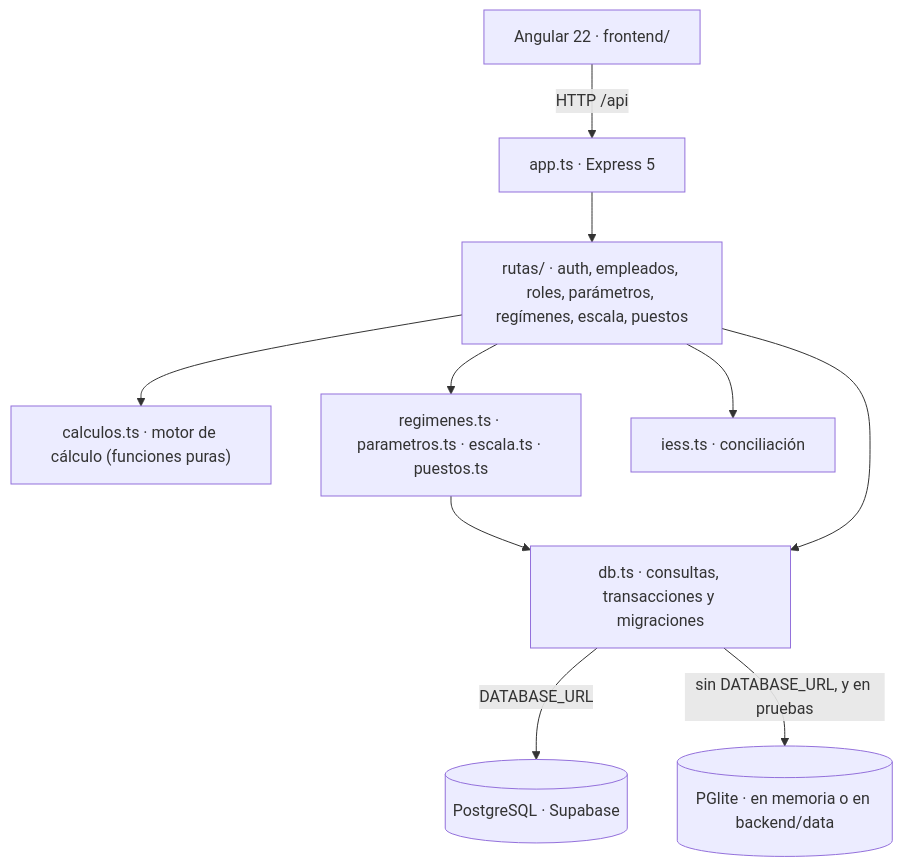
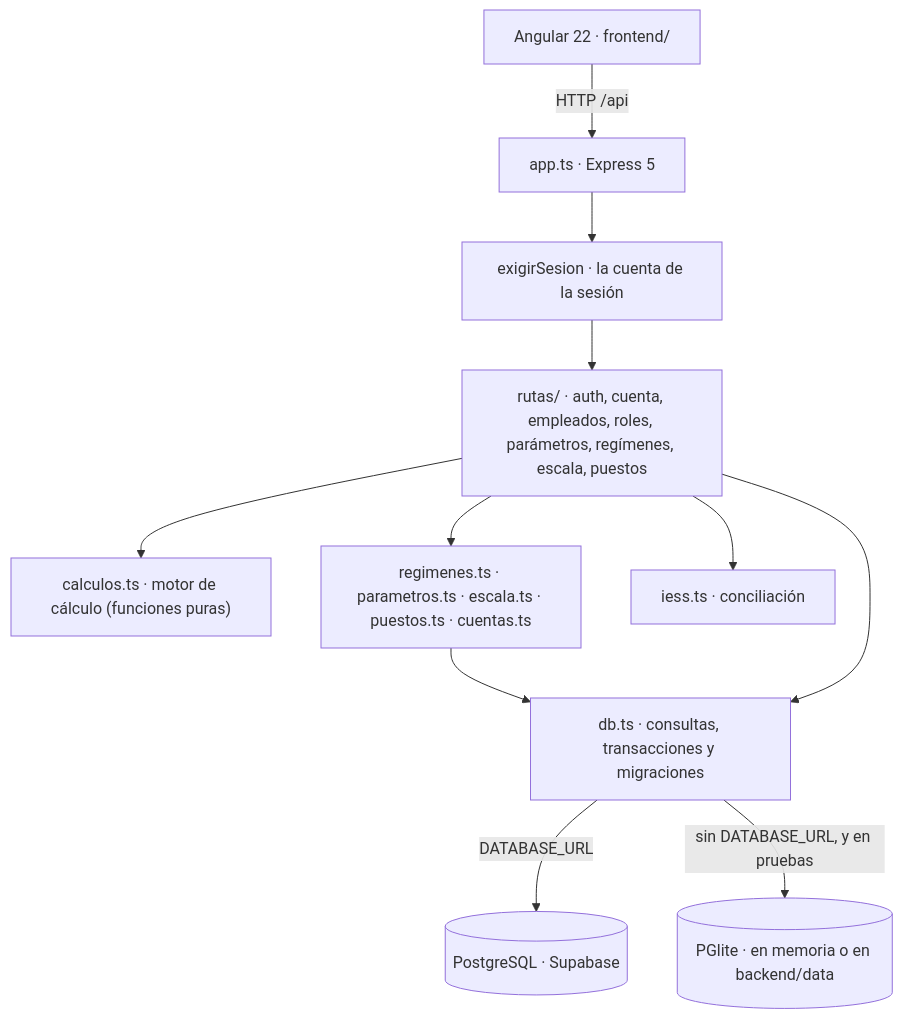
One commit to kiramman-mp3/sistema-rol-pagos-erp changed the diagram in README.md. Above: the diagram before and after it, drawn with Mermaid. The commit also changed other lines of this file, not shown here.

````diff
--- a/README.md
+++ b/README.md
@@ -87,14 +90,15 @@
 ```mermaid
 graph TD
     Web["Angular 22 · frontend/"] -->|HTTP /api| App["app.ts · Express 5"]
-    App --> Rutas["rutas/ · auth, empleados, roles, parámetros, regímenes, escala, puestos"]
+    App --> Sesion["exigirSesion · la cuenta de la sesión"]
+    Sesion --> Rutas["rutas/ · auth, cuenta, empleados, roles, parámetros, regímenes, escala, puestos"]
 
     Rutas --> Motor["calculos.ts · motor de cálculo (funciones puras)"]
-    Rutas --> Reglas["regimenes.ts · parametros.ts · escala.ts · puestos.ts"]
+    Rutas --> Reglas["regimenes.ts · parametros.ts · escala.ts · puestos.ts · cuentas.ts"]
     Rutas --> IESS["iess.ts · conciliación"]
 
     Reglas --> DB["db.ts · consultas, transacciones y migraciones"]
     Rutas --> DB
     DB -->|DATABASE_URL| Supabase[("PostgreSQL · Supabase")]
     DB -->|sin DATABASE_URL, y en pruebas| PGlite[("PGlite · en memoria o en backend/data")]
 ```
````
